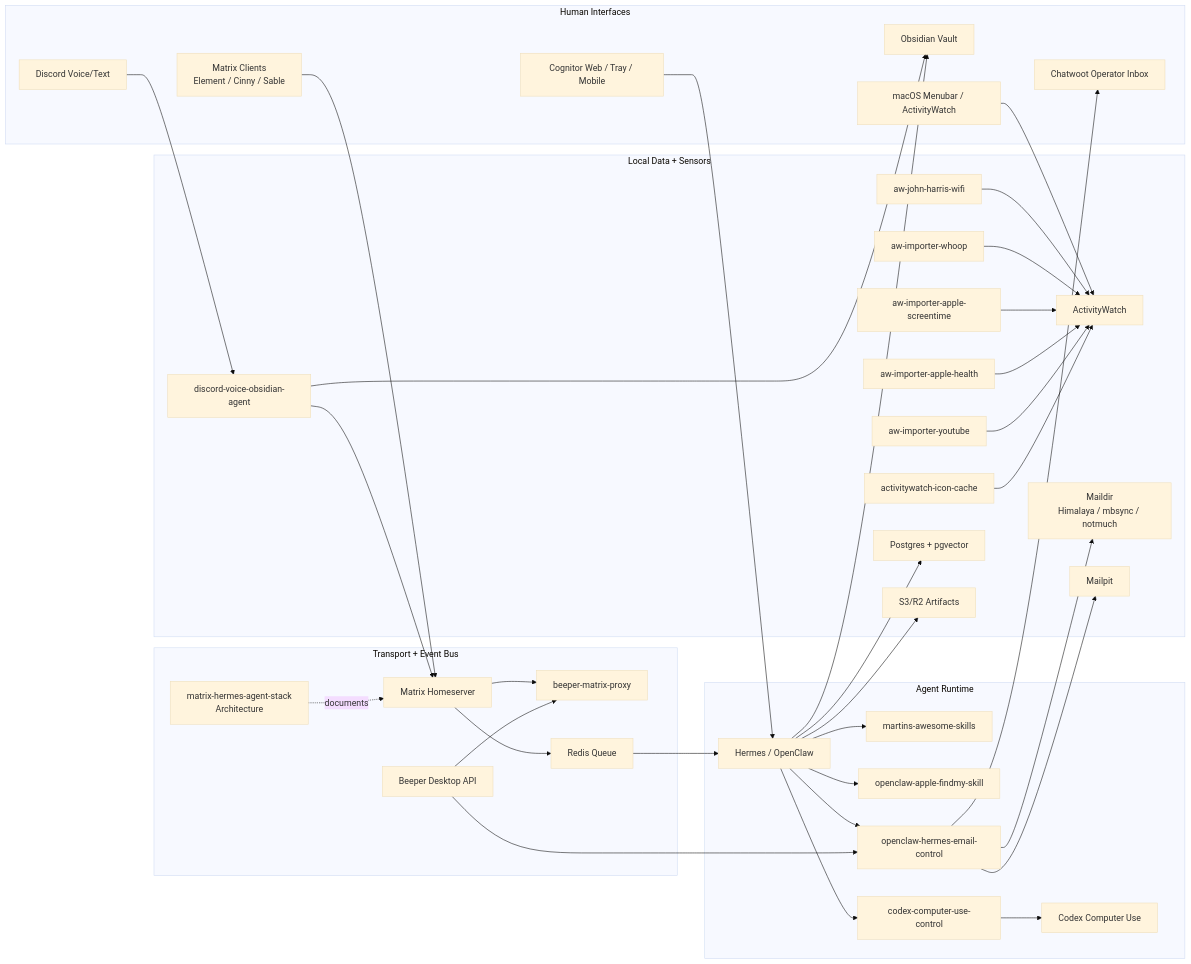
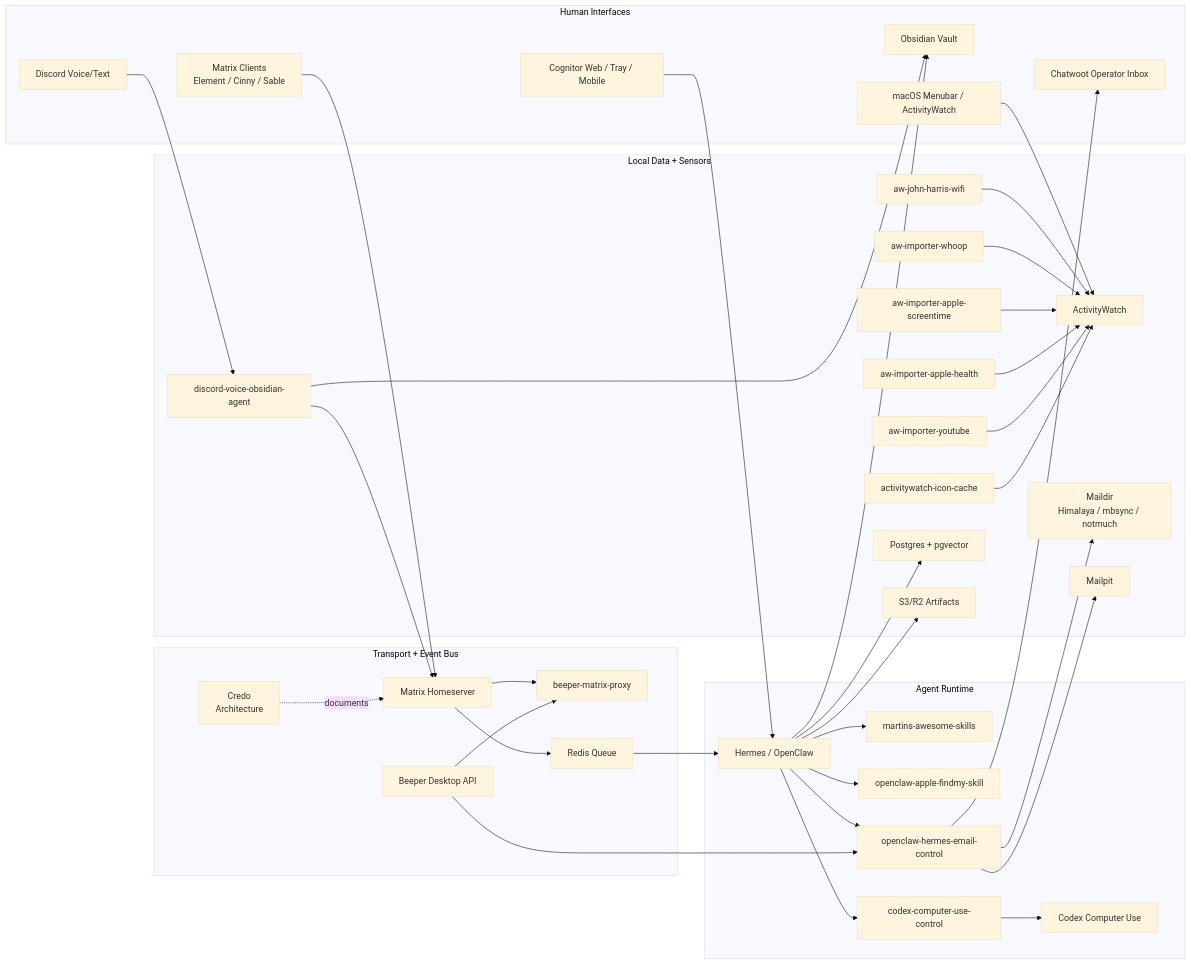
The fourth of 4 diagrams in README.md (Martin-Hausleitner/credo), drawn with Mermaid (base theme) before and after one commit. The commit also changed other lines of this file and 3 other files, not shown here.

````diff
--- a/README.md
+++ b/README.md
@@ -526,72 +526,72 @@
 ```mermaid
 flowchart LR
   subgraph Interfaces["Human Interfaces"]
     MatrixClient["Matrix Clients<br/>Element / Cinny / Sable"]
     Discord["Discord Voice/Text"]
     ChatwootInbox["Chatwoot Operator Inbox"]
     Obsidian["Obsidian Vault"]
     Menubar["macOS Menubar / ActivityWatch"]
     CognitorUI["Cognitor Web / Tray / Mobile"]
   end
 
   subgraph Transport["Transport + Event Bus"]
-    MatrixRepo["matrix-hermes-agent-stack<br/>Architecture"]
+    MatrixRepo["Credo<br/>Architecture"]
     Matrix["Matrix Homeserver"]
     BeeperProxy["beeper-matrix-proxy"]
     BeeperAPI["Beeper Desktop API"]
     Redis["Redis Queue"]
   end
 
   subgraph Agents["Agent Runtime"]
     Hermes["Hermes / OpenClaw"]
     Skills["martins-awesome-skills"]
     FindMy["openclaw-apple-findmy-skill"]
     EmailCtrl["openclaw-hermes-email-control"]
     ComputerUseControl["codex-computer-use-control"]
     ComputerUse["Codex Computer Use"]
   end
 
   subgraph Data["Local Data + Sensors"]
     ActivityWatch["ActivityWatch"]
     Presence["aw-john-harris-wifi"]
     Whoop["aw-importer-whoop"]
     ScreenTime["aw-importer-apple-screentime"]
     AppleHealth["aw-importer-apple-health"]
     YouTube["aw-importer-youtube"]
     IconCache["activitywatch-icon-cache"]
     Maildir["Maildir<br/>Himalaya / mbsync / notmuch"]
     Mailpit["Mailpit"]
     Voice["discord-voice-obsidian-agent"]
     Pg["Postgres + pgvector"]
     S3["S3/R2 Artifacts"]
   end
 
   MatrixClient --> Matrix
   CognitorUI --> Hermes
   Discord --> Voice
   Menubar --> ActivityWatch
   Matrix --> BeeperProxy
   BeeperAPI --> BeeperProxy
   Matrix --> Redis
   Redis --> Hermes
   Hermes --> Skills
   Hermes --> FindMy
   Hermes --> EmailCtrl
   EmailCtrl --> ChatwootInbox
   EmailCtrl --> Maildir
   EmailCtrl --> Mailpit
   BeeperAPI --> EmailCtrl
   Hermes --> ComputerUseControl --> ComputerUse
   Hermes --> Obsidian
   Hermes --> Pg
   Hermes --> S3
   Presence --> ActivityWatch
   Whoop --> ActivityWatch
   ScreenTime --> ActivityWatch
   AppleHealth --> ActivityWatch
   YouTube --> ActivityWatch
   IconCache --> ActivityWatch
   Voice --> Obsidian
   Voice --> Matrix
   MatrixRepo -.documents.-> Matrix
 ```
````
